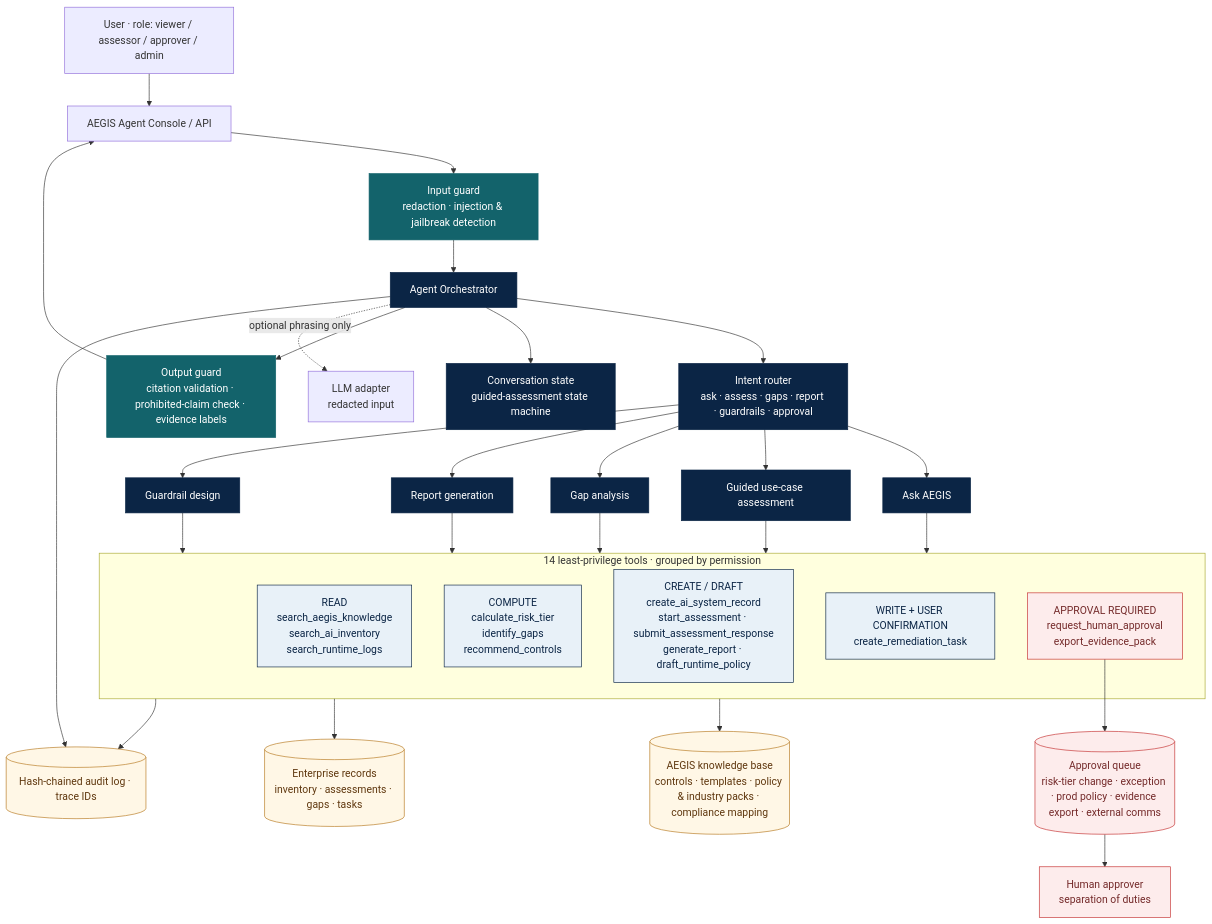
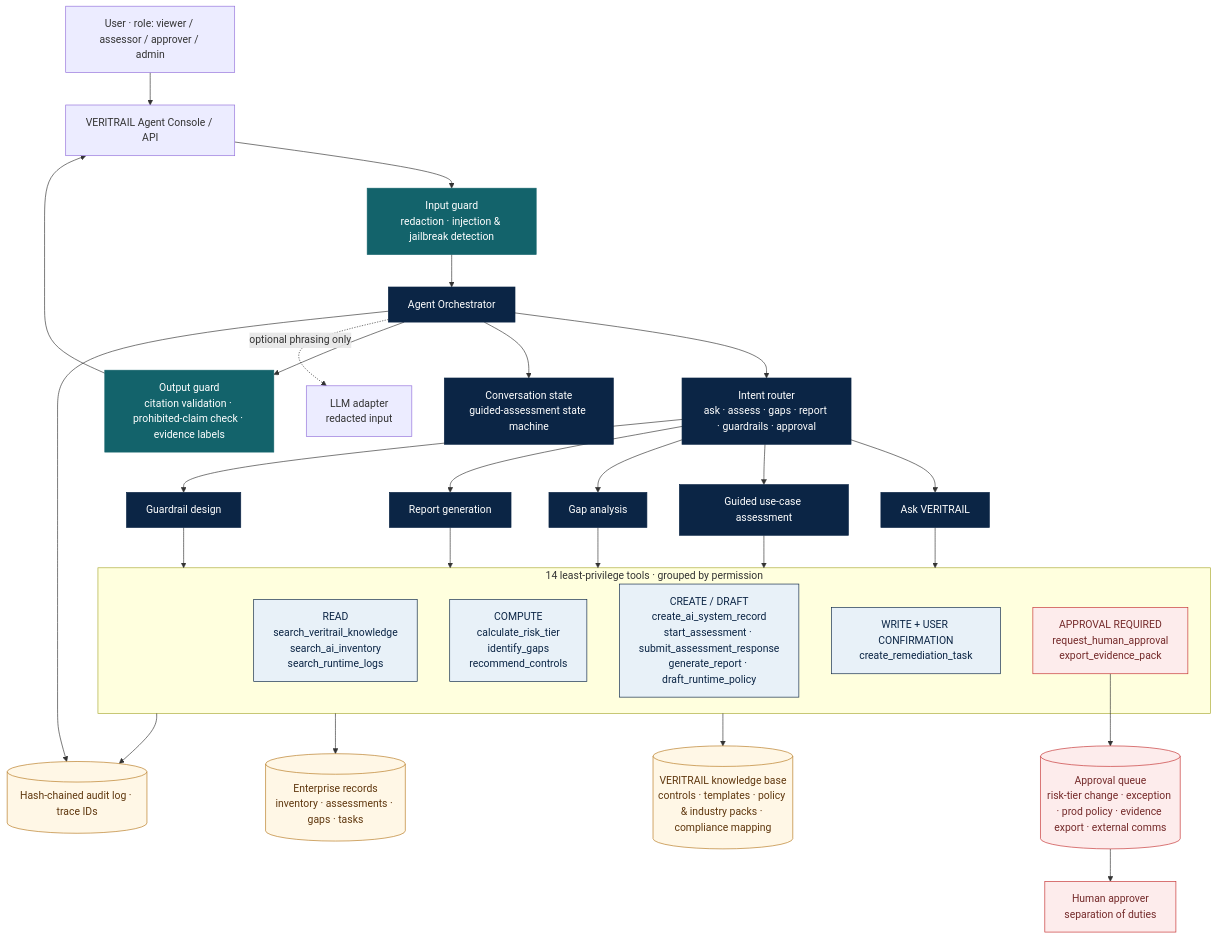
Before and after one commit to kalilurrahman/thoughtful-ai-advisory: the diagram in platform/docs/diagrams/03_agent_architecture.mmd, drawn with Mermaid. The commit also changed 618 other files, not shown here.

First line of the commit message:
Rename the platform from AEGIS to VERITRAIL and the assessment studio from GOVERN to TILLER

```diff
--- a/platform/docs/diagrams/03_agent_architecture.mmd
+++ b/platform/docs/diagrams/03_agent_architecture.mmd
@@ -1,37 +1,37 @@
-%% AEGIS Agent MVP — architecture
+%% VERITRAIL Agent MVP — architecture
 flowchart TB
   classDef svc fill:#0B2545,stroke:#0B2545,color:#fff
   classDef tool fill:#E8F1F8,stroke:#0B2545,color:#0B2545
   classDef appr fill:#FDECEC,stroke:#C53030,color:#742A2A
   classDef store fill:#FFF7E6,stroke:#B7791F,color:#5F370E
   classDef guard fill:#13636B,stroke:#13636B,color:#fff
 
-  U[User · role: viewer / assessor / approver / admin] --> CON[AEGIS Agent Console / API]
+  U[User · role: viewer / assessor / approver / admin] --> CON[VERITRAIL Agent Console / API]
   CON --> IN[Input guard<br/>redaction · injection & jailbreak detection]:::guard
   IN --> ORC[Agent Orchestrator]:::svc
   ORC --> IR[Intent router<br/>ask · assess · gaps · report · guardrails · approval]:::svc
   ORC --> ST[Conversation state<br/>guided-assessment state machine]:::svc
-  IR --> J1[Ask AEGIS]:::svc
+  IR --> J1[Ask VERITRAIL]:::svc
   IR --> J2[Guided use-case assessment]:::svc
   IR --> J3[Gap analysis]:::svc
   IR --> J4[Report generation]:::svc
   IR --> J5[Guardrail design]:::svc
 
   subgraph TOOLS[14 least-privilege tools · grouped by permission]
-    TR[READ<br/>search_aegis_knowledge<br/>search_ai_inventory<br/>search_runtime_logs]:::tool
+    TR[READ<br/>search_veritrail_knowledge<br/>search_ai_inventory<br/>search_runtime_logs]:::tool
     TC[COMPUTE<br/>calculate_risk_tier<br/>identify_gaps<br/>recommend_controls]:::tool
     TD[CREATE / DRAFT<br/>create_ai_system_record<br/>start_assessment · submit_assessment_response<br/>generate_report · draft_runtime_policy]:::tool
     TW[WRITE + USER CONFIRMATION<br/>create_remediation_task]:::tool
     TA[APPROVAL REQUIRED<br/>request_human_approval<br/>export_evidence_pack]:::appr
   end
   J1 & J2 & J3 & J4 & J5 --> TOOLS
 
-  TOOLS --> KB[(AEGIS knowledge base<br/>controls · templates · policy & industry packs · compliance mapping)]:::store
+  TOOLS --> KB[(VERITRAIL knowledge base<br/>controls · templates · policy & industry packs · compliance mapping)]:::store
   TOOLS --> REC[(Enterprise records<br/>inventory · assessments · gaps · tasks)]:::store
   TA --> AQ[(Approval queue<br/>risk-tier change · exception · prod policy · evidence export · external comms)]:::appr
   AQ --> HUM[Human approver<br/>separation of duties]:::appr
 
   ORC --> OUT[Output guard<br/>citation validation · prohibited-claim check · evidence labels]:::guard
   OUT --> CON
   ORC -.optional phrasing only.-> LLM[LLM adapter<br/>redacted input]
   ORC & TOOLS --> AUD[(Hash-chained audit log · trace IDs)]:::store
```
